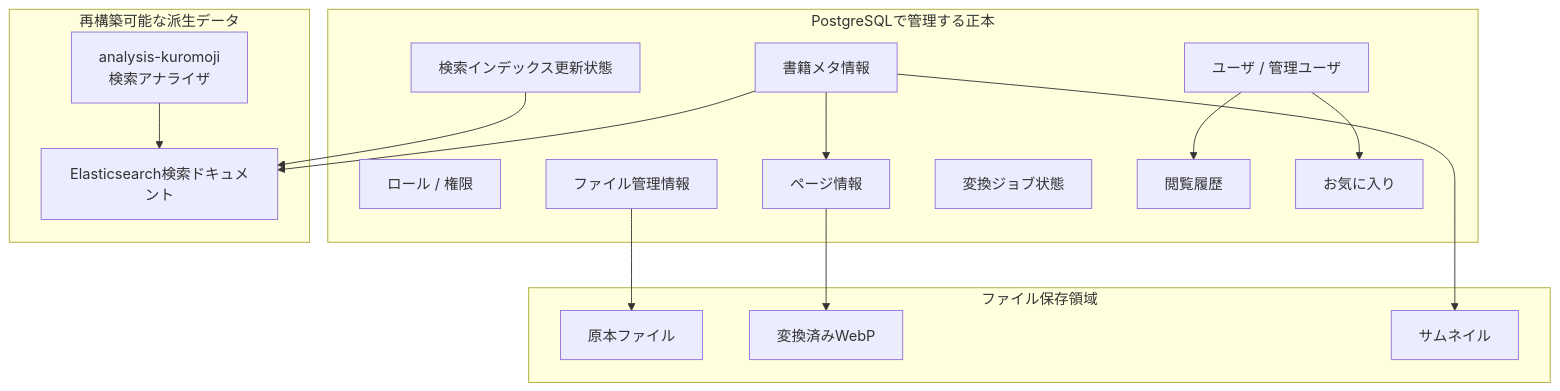
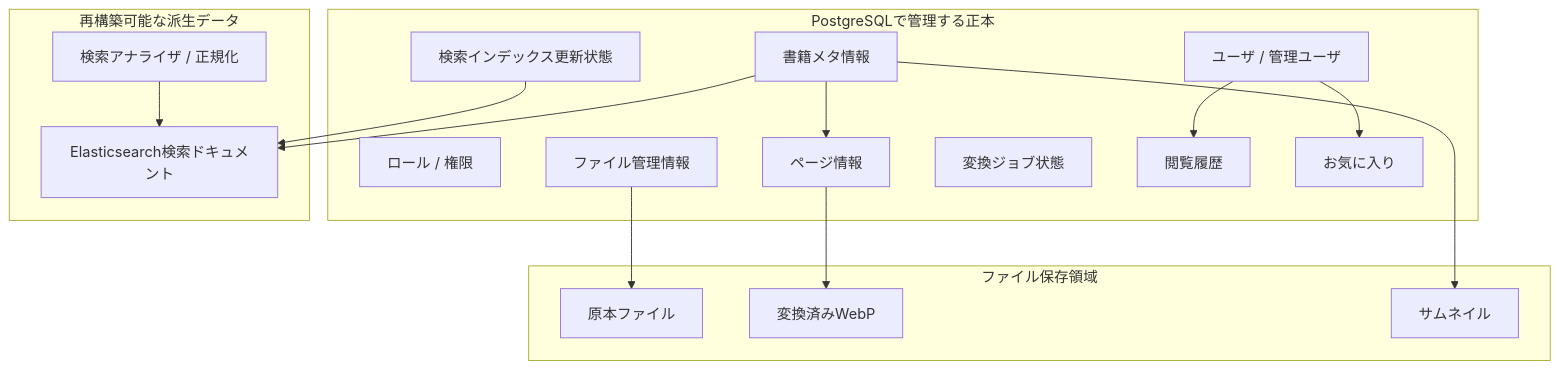
Before and after one commit to dommyttdev/book-viewer: the fifth of 5 diagrams in doc/03_architecture/01_system_overview.md, drawn with Mermaid. The commit also changed other lines of this file and 20 other files, not shown here.

````diff
--- a/doc/03_architecture/01_system_overview.md
+++ b/doc/03_architecture/01_system_overview.md
@@ -318,35 +318,35 @@
 ```mermaid
 flowchart TB
   subgraph truth["PostgreSQLで管理する正本"]
     users["ユーザ / 管理ユーザ"]
     permissions["ロール / 権限"]
     books["書籍メタ情報"]
     files["ファイル管理情報"]
     pages["ページ情報"]
     jobs["変換ジョブ状態"]
     history["閲覧履歴"]
     favorites["お気に入り"]
     indexState["検索インデックス更新状態"]
   end
 
   subgraph derived["再構築可能な派生データ"]
     esDocs["Elasticsearch検索ドキュメント"]
-    esAnalyzer["analysis-kuromoji<br>検索アナライザ"]
+    esAnalyzer["検索アナライザ / 正規化"]
   end
 
   subgraph assets["ファイル保存領域"]
     originals["原本ファイル"]
     webp["変換済みWebP"]
     thumbnails["サムネイル"]
   end
 
   books --> esDocs
   users --> history
   users --> favorites
   books --> pages
   files --> originals
   pages --> webp
   books --> thumbnails
   indexState --> esDocs
   esAnalyzer --> esDocs
 ```
````
